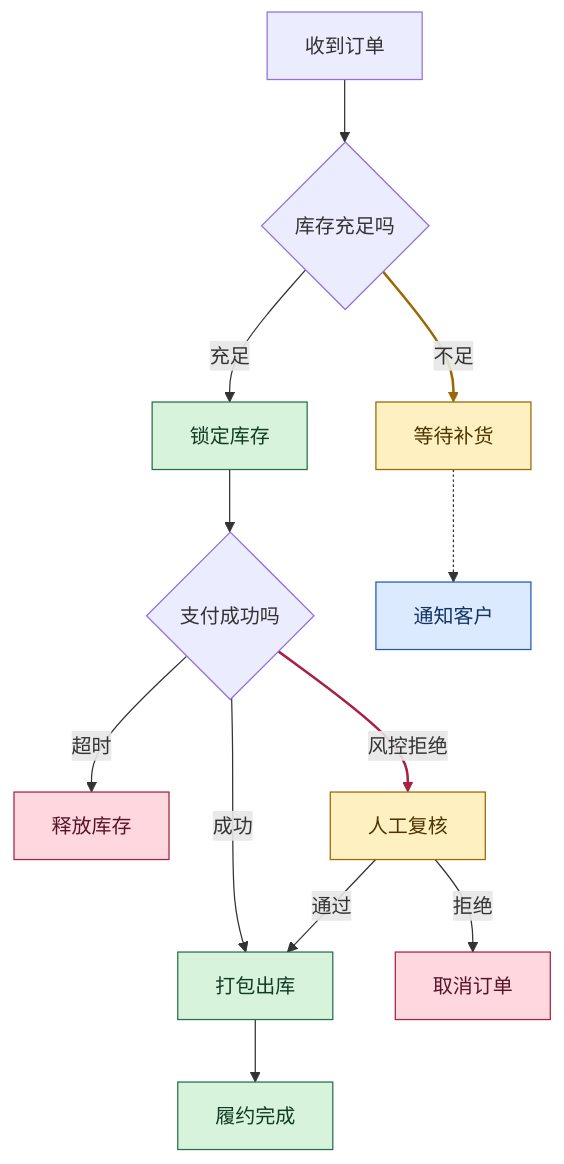
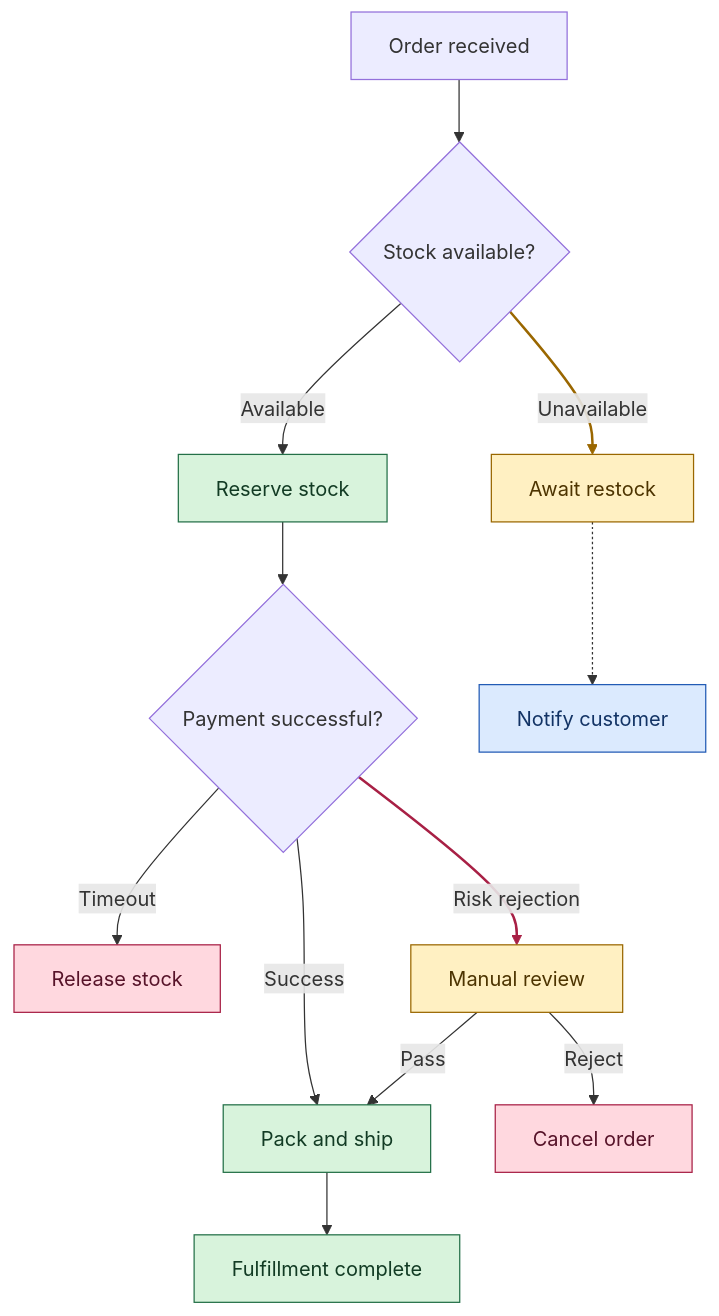
One commit to wizlijun/note.md changed the sixth of 50 diagrams in docs/examples/mermaid-pele-theme-gallery.md. Above: the diagram before and after it, drawn with Mermaid. The commit also changed other lines of this file, not shown here.

Commit message:
docs: make diagram gallery English and image focused

````diff
--- a/docs/examples/mermaid-pele-theme-gallery.md
+++ b/docs/examples/mermaid-pele-theme-gallery.md
@@ -530,23 +350,23 @@
 ```mermaid
 flowchart TD
-  Start[收到订单] --> Stock{库存充足吗}
-  Stock -->|充足| Reserve[锁定库存]
-  Stock -->|不足| Wait[等待补货]
-  Reserve --> Pay{支付成功吗}
-  Pay -->|成功| Pack[打包出库]
-  Pay -->|超时| Release[释放库存]
-  Pay -->|风控拒绝| Review[人工复核]
-  Review -->|通过| Pack
-  Review -->|拒绝| Cancel[取消订单]
-  Wait -.-> Notify[通知客户]
-  Pack --> Complete[履约完成]
+  Start[Order received] --> Stock{Stock available?}
+  Stock -->|Available| Reserve[Reserve stock]
+  Stock -->|Unavailable| Wait[Await restock]
+  Reserve --> Pay{Payment successful?}
+  Pay -->|Success| Pack[Pack and ship]
+  Pay -->|Timeout| Release[Release stock]
+  Pay -->|Risk rejection| Review[Manual review]
+  Review -->|Pass| Pack
+  Review -->|Reject| Cancel[Cancel order]
+  Wait -.-> Notify[Notify customer]
+  Pack --> Complete[Fulfillment complete]
   classDef success fill:#d8f3dc,stroke:#247048,color:#123b24
   classDef warning fill:#fff0c2,stroke:#9a6700,color:#4d3400
   classDef failure fill:#ffd8df,stroke:#a82045,color:#571329
   class Reserve,Pack,Complete success
   class Wait,Review warning
   class Release,Cancel failure
   style Notify fill:#dbeafe,stroke:#225bb5,color:#123365
   linkStyle 2 stroke:#9a6700,stroke-width:2px
   linkStyle 6 stroke:#a82045,stroke-width:2px
 ```
````
